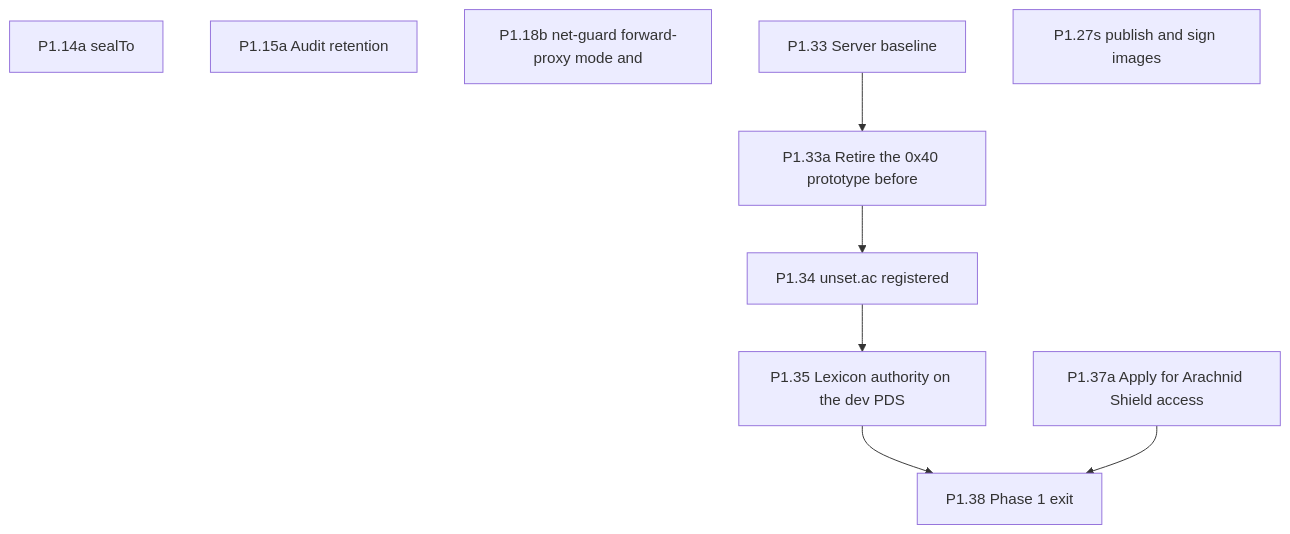
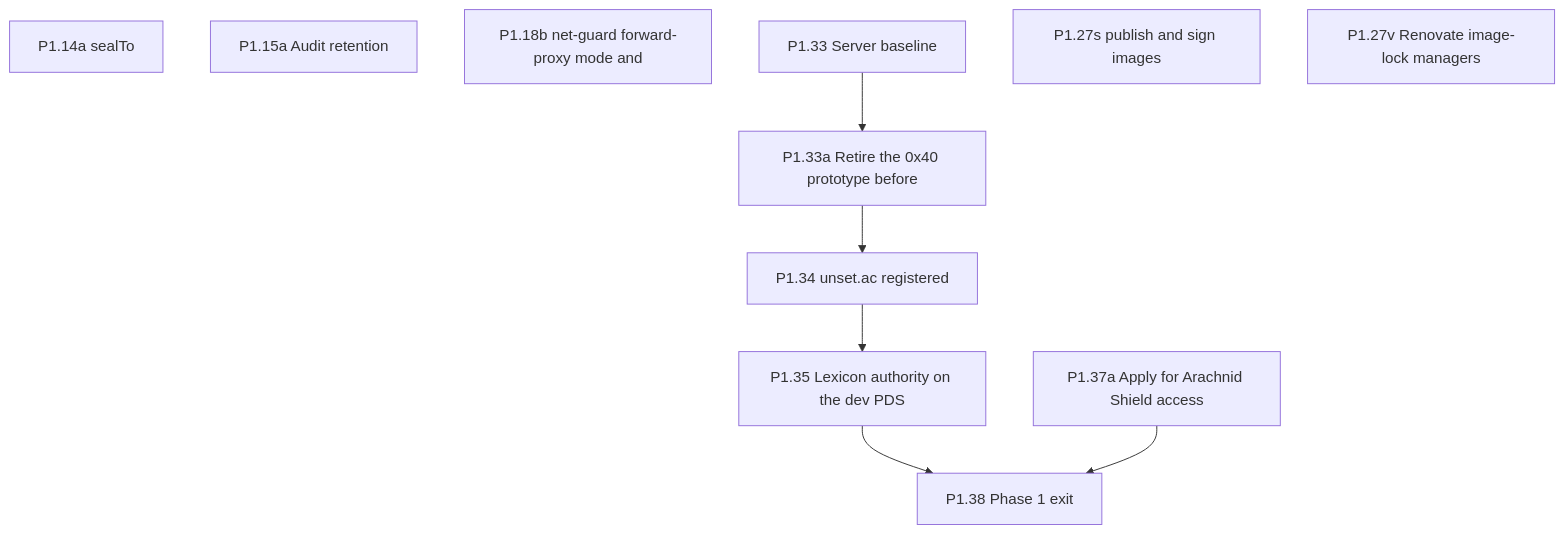
One commit to Undefined6799/unset changed the fourth of 11 diagrams in docs/ai/book/01-outline.md. Above: the diagram before and after it, drawn with Mermaid. The commit also changed other lines of this file and 2 other files, not shown here.

````diff
--- a/docs/ai/book/01-outline.md
+++ b/docs/ai/book/01-outline.md
@@ -550,18 +555,19 @@
 ```mermaid
 flowchart TD
   P1_14a["P1.14a sealTo"]
   P1_15a["P1.15a Audit retention"]
   P1_18b["P1.18b net-guard forward-proxy mode and"]
   P1_33["P1.33 Server baseline"]
   P1_33a["P1.33a Retire the 0x40 prototype before"]
   P1_34["P1.34 unset.ac registered"]
   P1_35["P1.35 Lexicon authority on the dev PDS"]
   P1_27s["P1.27s publish and sign images"]
+  P1_27v["P1.27v Renovate image-lock managers"]
   P1_37a["P1.37a Apply for Arachnid Shield access"]
   P1_38["P1.38 Phase 1 exit"]
   P1_33 --> P1_33a
   P1_33a --> P1_34
   P1_34 --> P1_35
   P1_35 --> P1_38
   P1_37a --> P1_38
 ```
````
